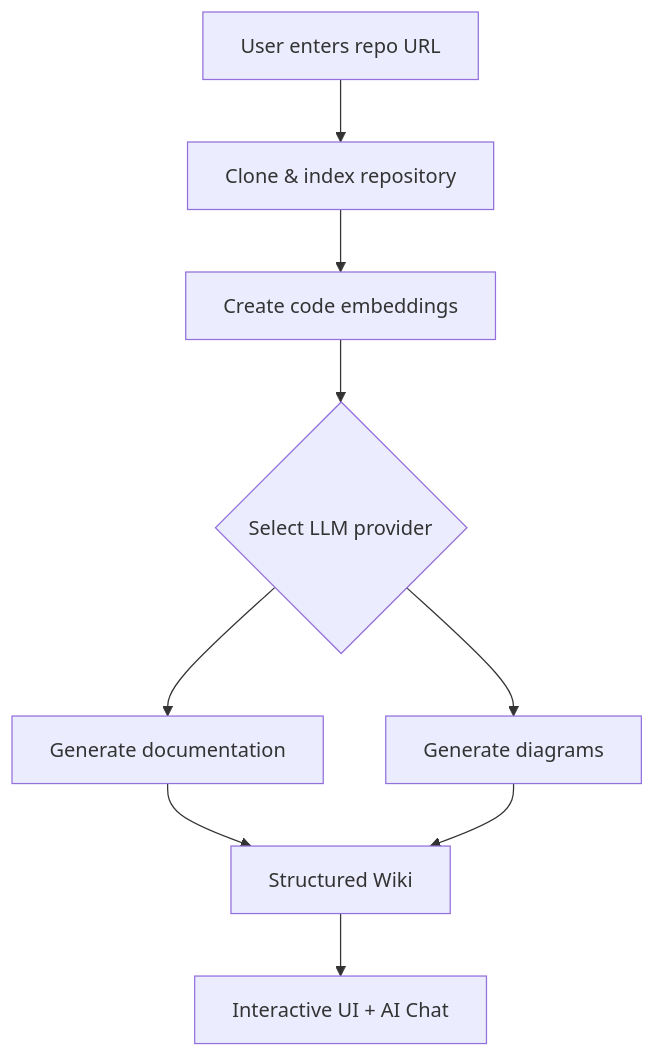
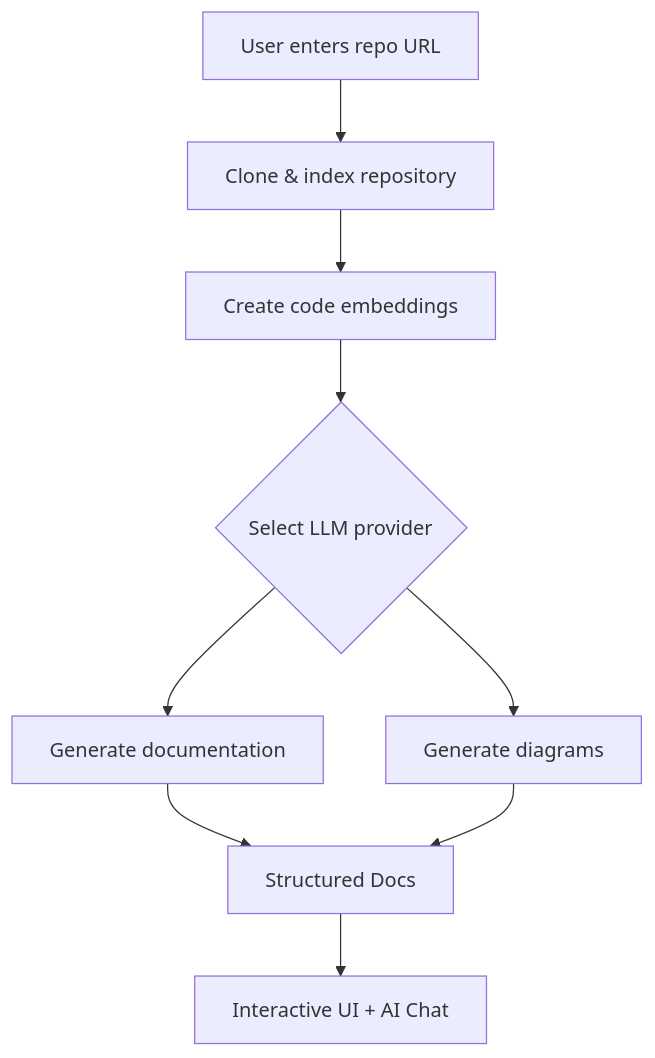
Before and after one commit to TeresaLin0725/CS5260_Group12_RepoAgent: the first of 2 diagrams in README.md, drawn with Mermaid. The commit also changed other lines of this file, not shown here.

````diff
--- a/README.md
+++ b/README.md
@@ -70,11 +70,11 @@
 ```mermaid
 graph TD
     A[User enters repo URL] --> B[Clone & index repository]
     B --> C[Create code embeddings]
     C --> D{Select LLM provider}
     D --> E[Generate documentation]
     D --> F[Generate diagrams]
-    E --> G[Structured Wiki]
+    E --> G[Structured Docs]
     F --> G
     G --> H[Interactive UI + AI Chat]
 ```
````
